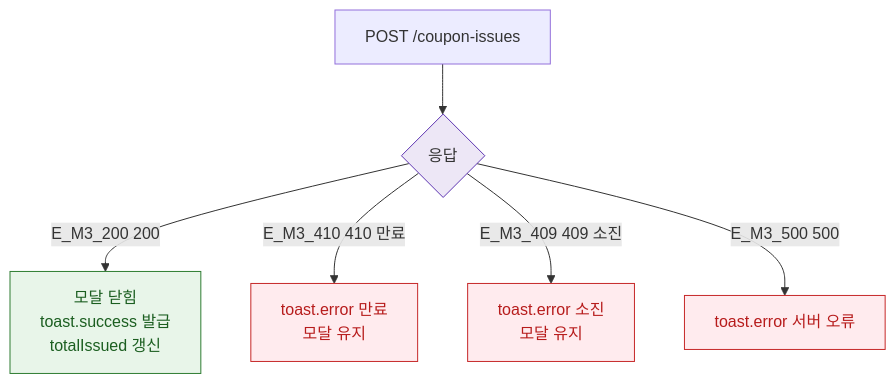
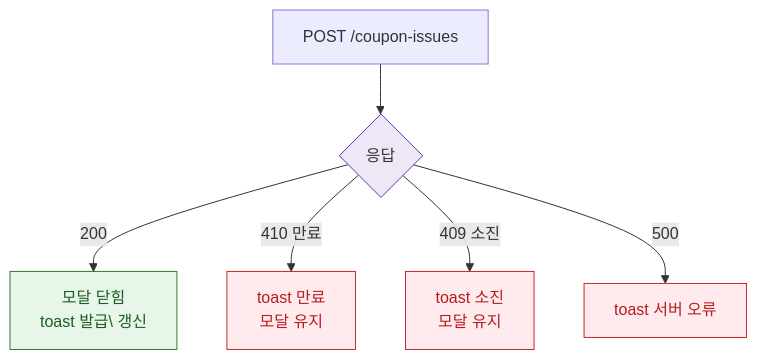
One commit to dev-spogym/admin-pando changed the diagram in docs/다이어그램/D08_마케팅/DLG/DLG-073-002_쿠폰발급/M3_결과분기.md. Above: the diagram before and after it, drawn with Mermaid. The commit also changed other lines of this file and 1660 other files, not shown here.

First line of the commit message:
다이어그램: 기획자/클라이언트 납품본으로 정리

````diff
--- a/docs/다이어그램/D08_마케팅/DLG/DLG-073-002_쿠폰발급/M3_결과분기.md
+++ b/docs/다이어그램/D08_마케팅/DLG/DLG-073-002_쿠폰발급/M3_결과분기.md
@@ -14,16 +12,16 @@
 ```mermaid
 flowchart TD
   API[POST /coupon-issues] --> RESP{응답}
-  RESP -->|E_M3_200 200| OK[모달 닫힘\ntoast.success 발급\ntotalIssued 갱신]
-  RESP -->|E_M3_410 410 만료| ERR_EXP[toast.error 만료\n모달 유지]
-  RESP -->|E_M3_409 409 소진| ERR_EXHS[toast.error 소진\n모달 유지]
-  RESP -->|E_M3_500 500| ERR_SRV[toast.error 서버 오류]
+  RESP -->|200|OK[모달 닫힘\ntoast 발급\ 갱신]
+  RESP -->|410 만료|ERR_EXP[toast 만료\n모달 유지]
+  RESP -->|409 소진|ERR_EXHS[toast 소진\n모달 유지]
+  RESP -->|500|ERR_SRV[toast 서버 오류]
 
-  classDef success     fill:#E8F5E9,stroke:#2E7D32,color:#1B5E20
-  classDef error       fill:#FFEBEE,stroke:#C62828,color:#B71C1C
-  classDef system      fill:#EDE7F6,stroke:#5E35B2
+  classDef success fill:#E8F5E9,stroke:#2E7D32,color:#1B5E20
+  classDef error fill:#FFEBEE,stroke:#C62828,color:#B71C1C
+  classDef system fill:#EDE7F6,stroke:#5E35B2
 
   class OK success
   class ERR_EXP,ERR_EXHS,ERR_SRV error
   class RESP system
 ```
````
